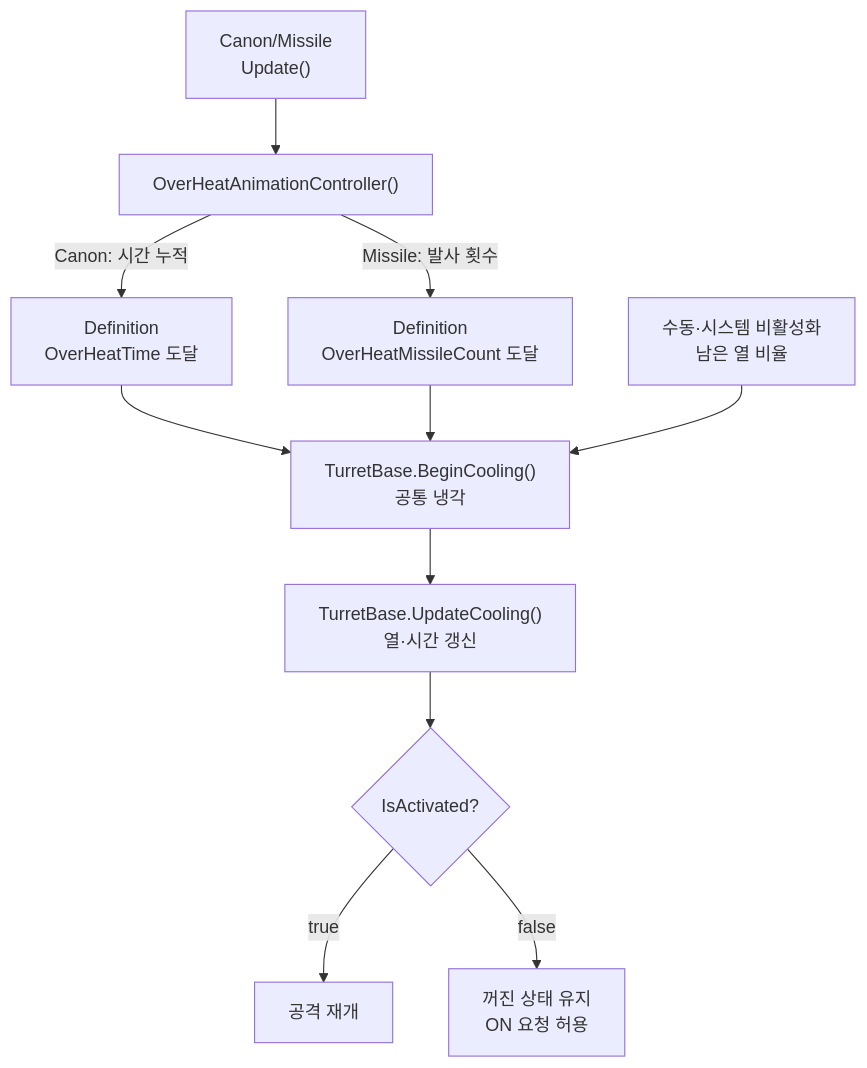
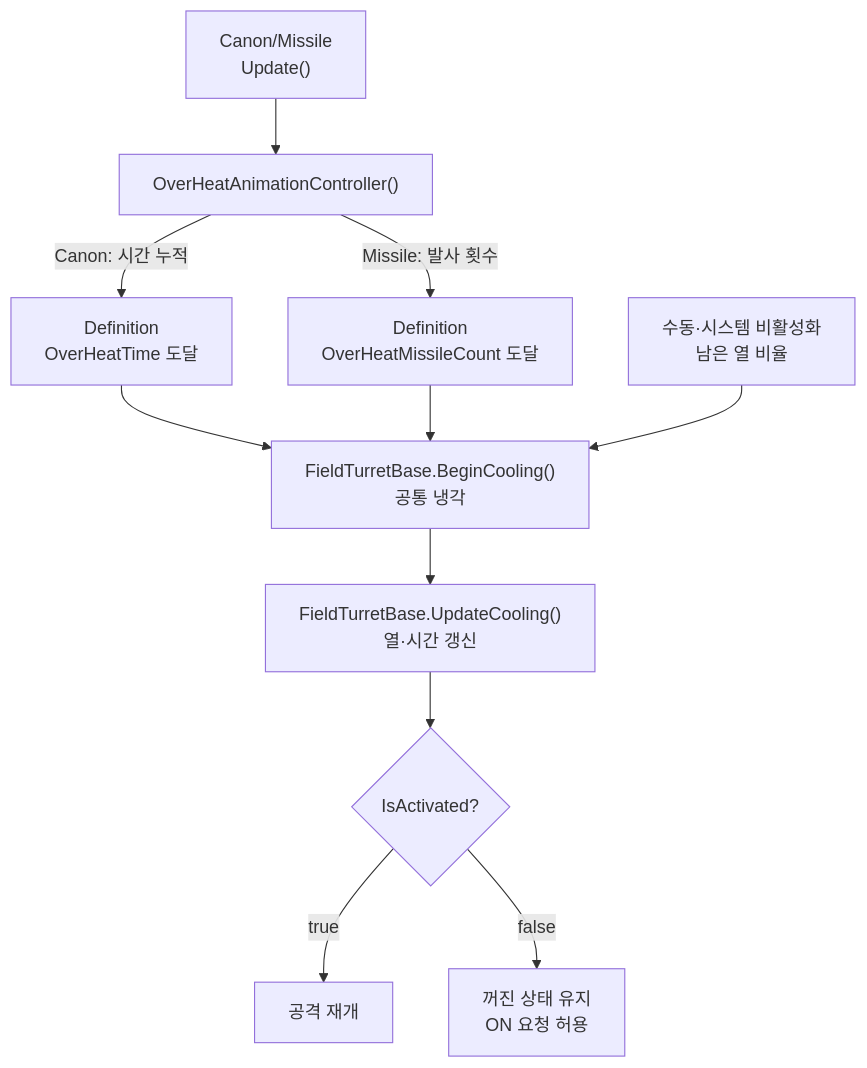
One commit to Team-HJD-21/team-hjd-docs changed the tenth of 16 diagrams in docs/projects/the-developer/turret/runtime-flows.md. Above: the diagram before and after it, drawn with Mermaid. The commit also changed other lines of this file and 13 other files, not shown here.

Commit message:
docs: sync FieldTurret APIs from main

````diff
--- a/docs/projects/the-developer/turret/runtime-flows.md
+++ b/docs/projects/the-developer/turret/runtime-flows.md
@@ -458,13 +458,13 @@
 ```mermaid
 flowchart TD
     Combat["Canon/Missile<br>Update()"] --> Check["OverHeatAnimationController()"]
     Check -->|Canon: 시간 누적| CanonHeat["Definition<br>OverHeatTime 도달"]
     Check -->|Missile: 발사 횟수| MissileHeat["Definition<br>OverHeatMissileCount 도달"]
-    CanonHeat --> Begin["TurretBase.BeginCooling()<br>공통 냉각"]
+    CanonHeat --> Begin["FieldTurretBase.BeginCooling()<br>공통 냉각"]
     MissileHeat --> Begin
     Off["수동·시스템 비활성화<br>남은 열 비율"] --> Begin
-    Begin --> Cool["TurretBase.UpdateCooling()<br>열·시간 갱신"]
+    Begin --> Cool["FieldTurretBase.UpdateCooling()<br>열·시간 갱신"]
     Cool --> Complete{"IsActivated?"}
     Complete -->|true| Resume["공격 재개"]
     Complete -->|false| Ready["꺼진 상태 유지<br>ON 요청 허용"]
 ```
````
